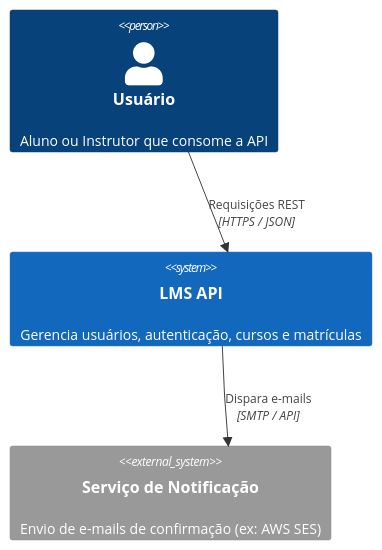
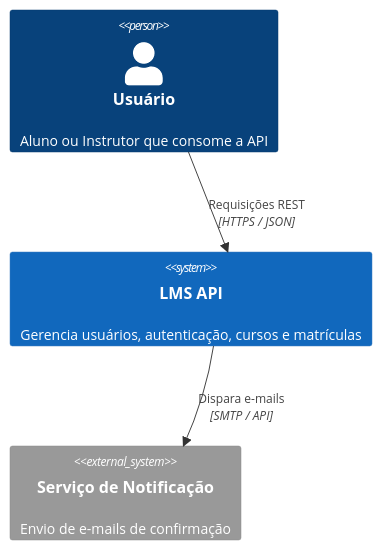
Before and after one commit to Rayck4dev/LMS-API_E-Learning: the third of 5 diagrams in README.md, drawn with Mermaid. The commit also changed other lines of this file and 13 other files, not shown here.

````diff
--- a/README.md
+++ b/README.md
@@ -32,12 +149,12 @@
 ```mermaid
 C4Context
     UpdateLayoutConfig($c4ShapeInRow="1", $c4BoundaryInRow="1")
 
     Person(user, "Usuário", "Aluno ou Instrutor que consome a API")
     System(lms_api, "LMS API", "Gerencia usuários, autenticação, cursos e matrículas")
-    System_Ext(email, "Serviço de Notificação", "Envio de e-mails de confirmação (ex: AWS SES)")
+    System_Ext(email, "Serviço de Notificação", "Envio de e-mails de confirmação")
 
     Rel(user, lms_api, "Requisições REST", "HTTPS / JSON")
     Rel(lms_api, email, "Dispara e-mails", "SMTP / API")
 
 ```
````
